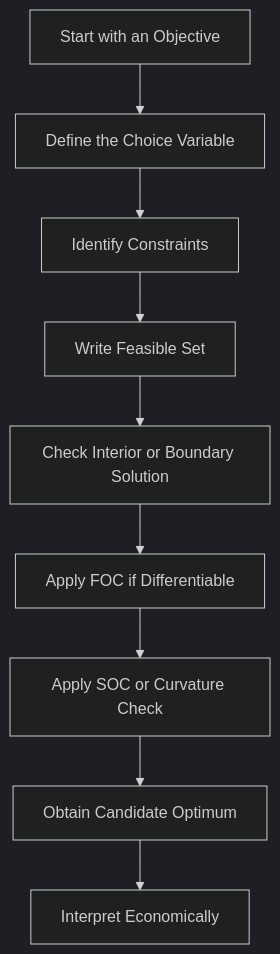
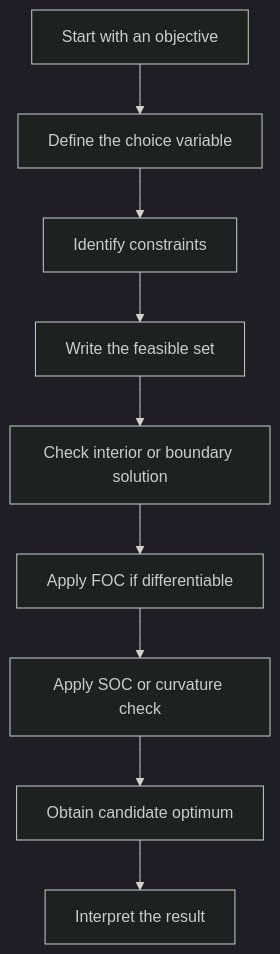
The first of 4 diagrams in foundations/optimization.qmd (Sorenqwer/my-notes-site), drawn with Mermaid (dark theme) before and after one commit. The commit also changed other lines of this file and 61 other files, not shown here.

````diff
--- a/foundations/optimization.qmd
+++ b/foundations/optimization.qmd
@@ -19,11 +41,11 @@
 ```{mermaid}
 flowchart TD
-    A[Start with an Objective] --> B[Define the Choice Variable]
-    B --> C[Identify Constraints]
-    C --> D[Write Feasible Set]
-    D --> E[Check Interior or Boundary Solution]
-    E --> F[Apply FOC if Differentiable]
-    F --> G[Apply SOC or Curvature Check]
-    G --> H[Obtain Candidate Optimum]
-    H --> I[Interpret Economically]
+    A[Start with an objective] --> B[Define the choice variable]
+    B --> C[Identify constraints]
+    C --> D[Write the feasible set]
+    D --> E[Check interior or boundary solution]
+    E --> F[Apply FOC if differentiable]
+    F --> G[Apply SOC or curvature check]
+    G --> H[Obtain candidate optimum]
+    H --> I[Interpret the result]
 ```
````
